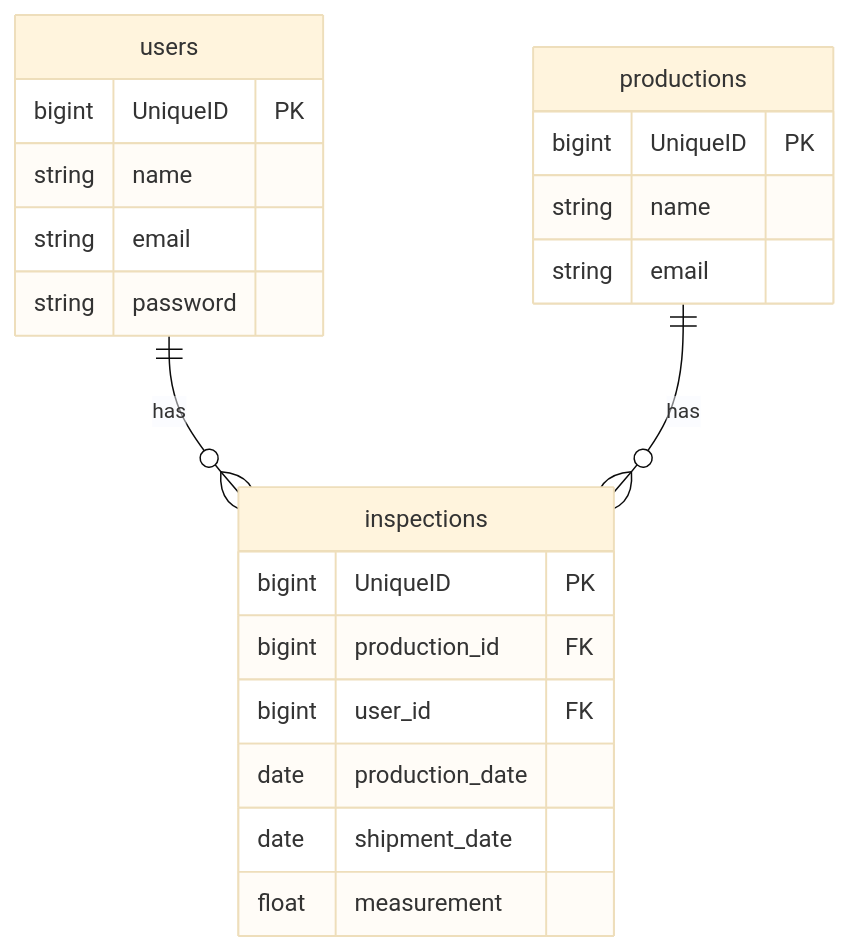
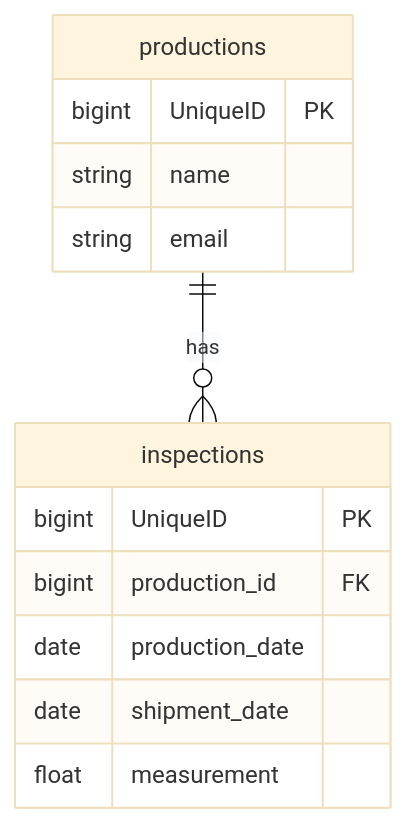
Before and after one commit to ykymhrt6174/qctool: the diagram in README.md, drawn with Mermaid (base theme). The commit also changed other lines of this file and 1 other file, not shown here.

````diff
--- a/README.md
+++ b/README.md
@@ -56,27 +42,19 @@
 ```mermaid
 erDiagram
-    users {
-        bigint UniqueID PK
-        string name
-        string email
-        string password
-    }
 
     productions {
         bigint UniqueID PK
         string name
         string email
     }
 
     inspections {
         bigint UniqueID PK
         bigint production_id FK
-        bigint user_id FK
         date production_date
         date shipment_date
         float measurement
     }
 
-    users ||--o{ inspections : "has"
     productions ||--o{ inspections : "has"
 ```
````
